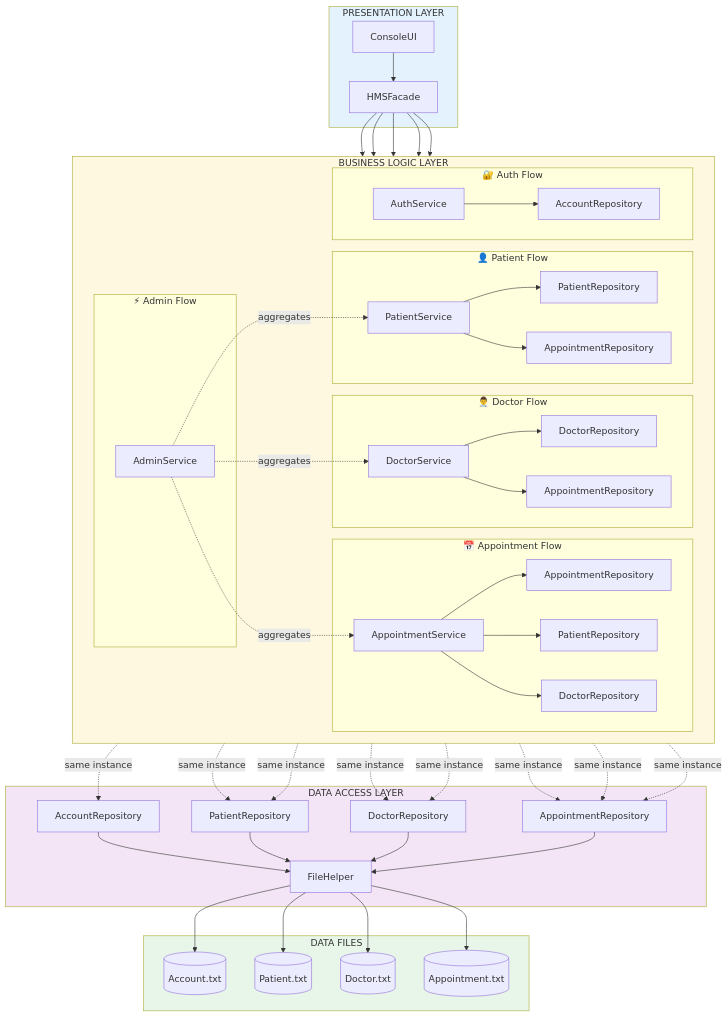
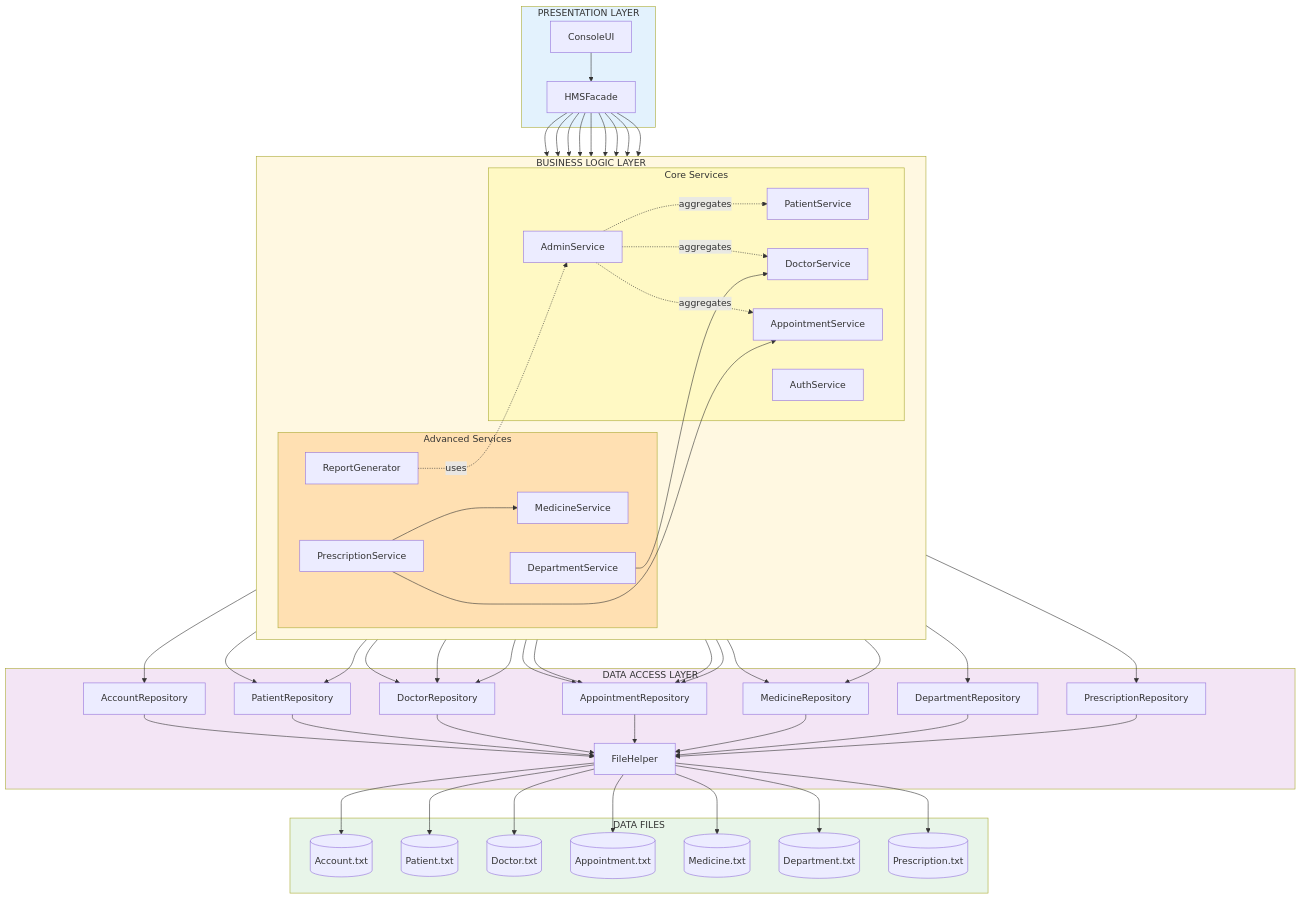
The first of 33 diagrams in docs/diagrams/architecture-detailed.md (Zed-28-01/Hospital_Management_Project), drawn with Mermaid before and after one commit. The commit also changed other lines of this file and 2 other files, not shown here.

Commit message:
Fixed files docs

````diff
--- a/docs/diagrams/architecture-detailed.md
+++ b/docs/diagrams/architecture-detailed.md
@@ -18,44 +18,29 @@
     subgraph BLL["BUSINESS LOGIC LAYER"]
         direction LR
 
-        subgraph AuthFlow["🔐 Auth Flow"]
+        subgraph CoreServices["Core Services"]
             AuthService[AuthService]
-            AccountRepo1[AccountRepository]
-            AuthService --> AccountRepo1
+            PatientService[PatientService]
+            DoctorService[DoctorService]
+            AppointmentService[AppointmentService]
+            AdminService[AdminService]
         end
 
-        subgraph PatientFlow["👤 Patient Flow"]
-            PatientService[PatientService]
-            PatientRepo1[PatientRepository]
-            AppointmentRepo1[AppointmentRepository]
-            PatientService --> PatientRepo1
-            PatientService --> AppointmentRepo1
+        subgraph AdvancedServices["Advanced Services"]
+            MedicineService[MedicineService]
+            DepartmentService[DepartmentService]
+            PrescriptionService[PrescriptionService]
+            ReportGenerator[ReportGenerator]
         end
 
-        subgraph DoctorFlow["👨‍⚕️ Doctor Flow"]
-            DoctorService[DoctorService]
-            DoctorRepo1[DoctorRepository]
-            AppointmentRepo2[AppointmentRepository]
-            DoctorService --> DoctorRepo1
-            DoctorService --> AppointmentRepo2
-        end
+        AdminService -.aggregates.-> PatientService
+        AdminService -.aggregates.-> DoctorService
+        AdminService -.aggregates.-> AppointmentService
 
-        subgraph AppointmentFlow["📅 Appointment Flow"]
-            AppointmentService[AppointmentService]
-            AppointmentRepo3[AppointmentRepository]
-            PatientRepo2[PatientRepository]
-            DoctorRepo2[DoctorRepository]
-            AppointmentService --> AppointmentRepo3
-            AppointmentService --> PatientRepo2
-            AppointmentService --> DoctorRepo2
-        end
-
-        subgraph AdminFlow["⚡ Admin Flow"]
-            AdminService[AdminService]
-            AdminService -.aggregates.-> PatientService
-            AdminService -.aggregates.-> DoctorService
-            AdminService -.aggregates.-> AppointmentService
-        end
+        DepartmentService --> DoctorService
+        PrescriptionService --> AppointmentService
+        PrescriptionService --> MedicineService
+        ReportGenerator -.uses.-> AdminService
     end
 
     subgraph DAL["DATA ACCESS LAYER"]
@@ -63,12 +48,18 @@
         PatientRepo[PatientRepository]
         DoctorRepo[DoctorRepository]
         AppointmentRepo[AppointmentRepository]
+        MedicineRepo[MedicineRepository]
+        DepartmentRepo[DepartmentRepository]
+        PrescriptionRepo[PrescriptionRepository]
         FileHelper[FileHelper]
 
         AccountRepo --> FileHelper
         PatientRepo --> FileHelper
         DoctorRepo --> FileHelper
         AppointmentRepo --> FileHelper
+        MedicineRepo --> FileHelper
+        DepartmentRepo --> FileHelper
+        PrescriptionRepo --> FileHelper
     end
 
     subgraph Files["DATA FILES"]
@@ -76,6 +67,9 @@
         PatientTxt[(Patient.txt)]
         DoctorTxt[(Doctor.txt)]
         AppointmentTxt[(Appointment.txt)]
+        MedicineTxt[(Medicine.txt)]
+        DepartmentTxt[(Department.txt)]
+        PrescriptionTxt[(Prescription.txt)]
     end
 
     Facade --> AuthService
@@ -83,23 +77,38 @@
     Facade --> DoctorService
     Facade --> AppointmentService
     Facade --> AdminService
+    Facade --> MedicineService
+    Facade --> DepartmentService
+    Facade --> PrescriptionService
+    Facade --> ReportGenerator
 
-    AccountRepo1 -.same instance.-> AccountRepo
-    PatientRepo1 -.same instance.-> PatientRepo
-    PatientRepo2 -.same instance.-> PatientRepo
-    DoctorRepo1 -.same instance.-> DoctorRepo
-    DoctorRepo2 -.same instance.-> DoctorRepo
-    AppointmentRepo1 -.same instance.-> AppointmentRepo
-    AppointmentRepo2 -.same instance.-> AppointmentRepo
-    AppointmentRepo3 -.same instance.-> AppointmentRepo
+    AuthService --> AccountRepo
+    PatientService --> PatientRepo
+    PatientService --> AppointmentRepo
+    DoctorService --> DoctorRepo
+    DoctorService --> AppointmentRepo
+    AppointmentService --> AppointmentRepo
+    AppointmentService --> PatientRepo
+    AppointmentService --> DoctorRepo
+    MedicineService --> MedicineRepo
+    DepartmentService --> DepartmentRepo
+    DepartmentService --> DoctorRepo
+    PrescriptionService --> PrescriptionRepo
+    PrescriptionService --> AppointmentRepo
+    PrescriptionService --> MedicineRepo
 
     FileHelper --> AccountTxt
     FileHelper --> PatientTxt
     FileHelper --> DoctorTxt
     FileHelper --> AppointmentTxt
+    FileHelper --> MedicineTxt
+    FileHelper --> DepartmentTxt
+    FileHelper --> PrescriptionTxt
 
     style UI fill:#e3f2fd
     style BLL fill:#fff8e1
     style DAL fill:#f3e5f5
     style Files fill:#e8f5e9
+    style CoreServices fill:#fff9c4
+    style AdvancedServices fill:#ffe0b2
 ```
````
